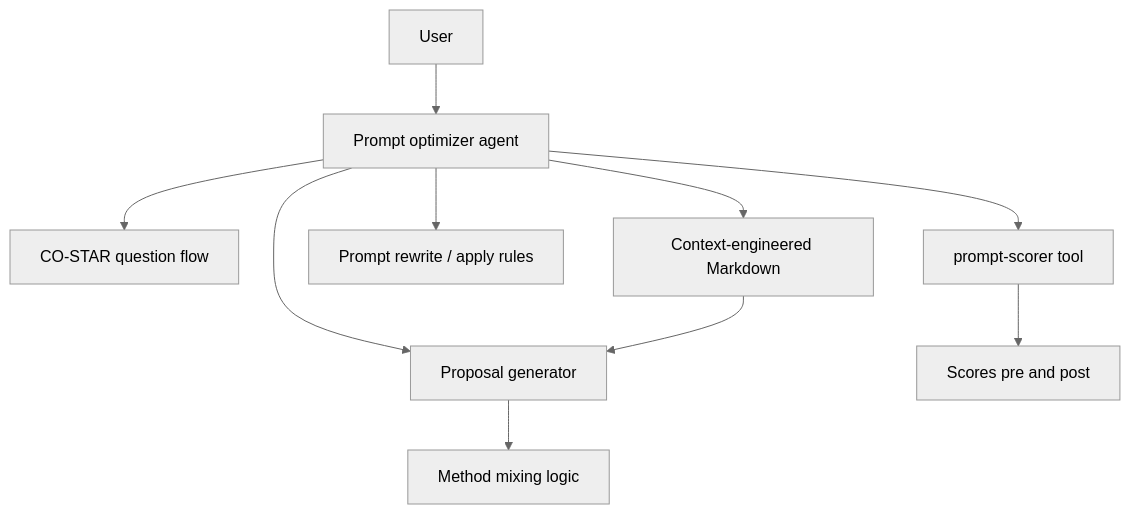
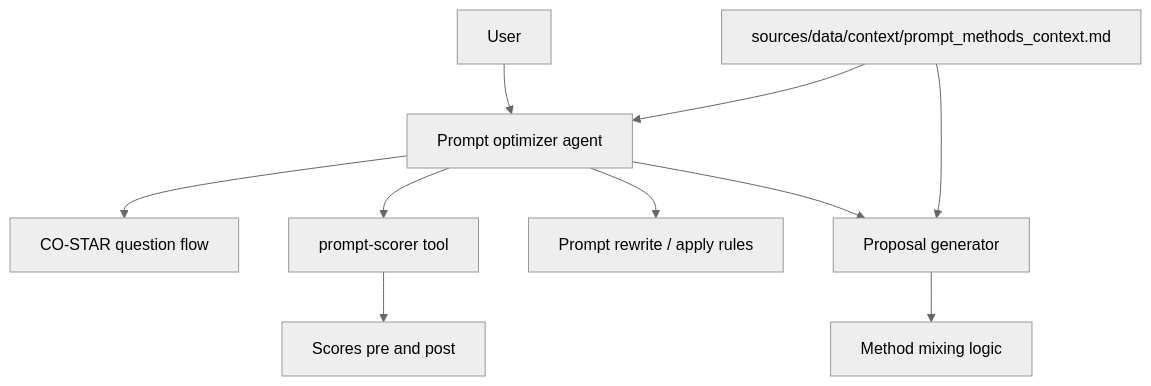
One commit to trummelbummel/promptymize changed the diagram in docs/ai/design/feature-prompt-optimizer-agent.md. Above: the diagram before and after it, drawn with Mermaid (neutral theme). The commit also changed other lines of this file and 72 other files, not shown here.

````diff
--- a/docs/ai/design/feature-prompt-optimizer-agent.md
+++ b/docs/ai/design/feature-prompt-optimizer-agent.md
@@ -13,12 +13,13 @@
 ```mermaid
 graph TD
   User[User] --> Agent[Prompt optimizer agent]
   Agent --> QA[CO-STAR question flow]
-  Agent --> Ctx[Context-engineered Markdown]
+  CtxFile[sources/data/context/prompt_methods_context.md]
+  CtxFile --> Agent
   Agent --> Propose[Proposal generator]
   Propose --> Mix[Method mixing logic]
   Agent --> Apply[Prompt rewrite / apply rules]
   Agent --> Scorer[prompt-scorer tool]
   Scorer --> Scores[Scores pre and post]
-  Ctx --> Propose
+  CtxFile --> Propose
 ```
````
